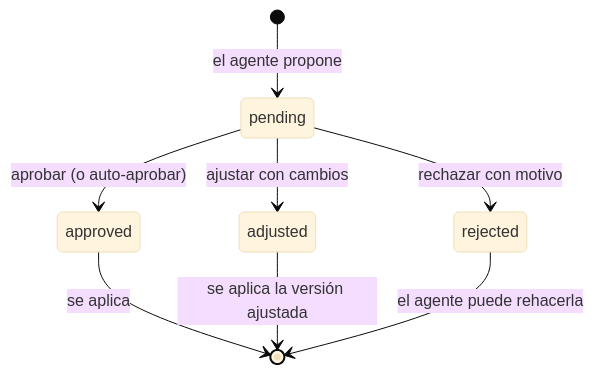
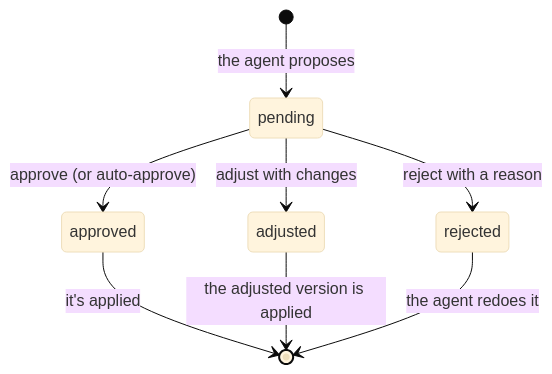
Before and after one commit to Mitchz01/TransparencIA: the third of 18 diagrams in plan/use-cases.md, drawn with Mermaid (base theme). The commit also changed other lines of this file and 68 other files, not shown here.

````diff
--- a/plan/use-cases.md
+++ b/plan/use-cases.md
@@ -121,10 +122,10 @@
 ```mermaid
 stateDiagram-v2
-    [*] --> pending: el agente propone
-    pending --> approved: aprobar (o auto-aprobar)
-    pending --> adjusted: ajustar con cambios
-    pending --> rejected: rechazar con motivo
-    approved --> [*]: se aplica
-    adjusted --> [*]: se aplica la versión ajustada
-    rejected --> [*]: el agente puede rehacerla
+    [*] --> pending: the agent proposes
+    pending --> approved: approve (or auto-approve)
+    pending --> adjusted: adjust with changes
+    pending --> rejected: reject with a reason
+    approved --> [*]: it's applied
+    adjusted --> [*]: the adjusted version is applied
+    rejected --> [*]: the agent redoes it
 ```
````
